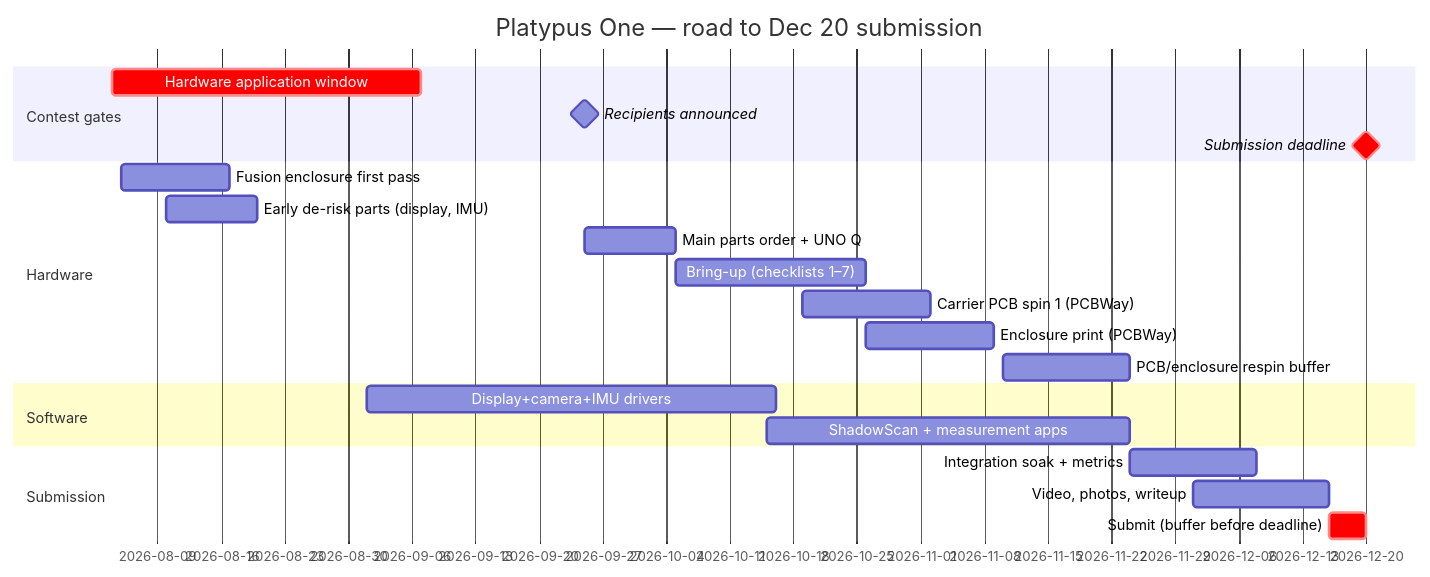
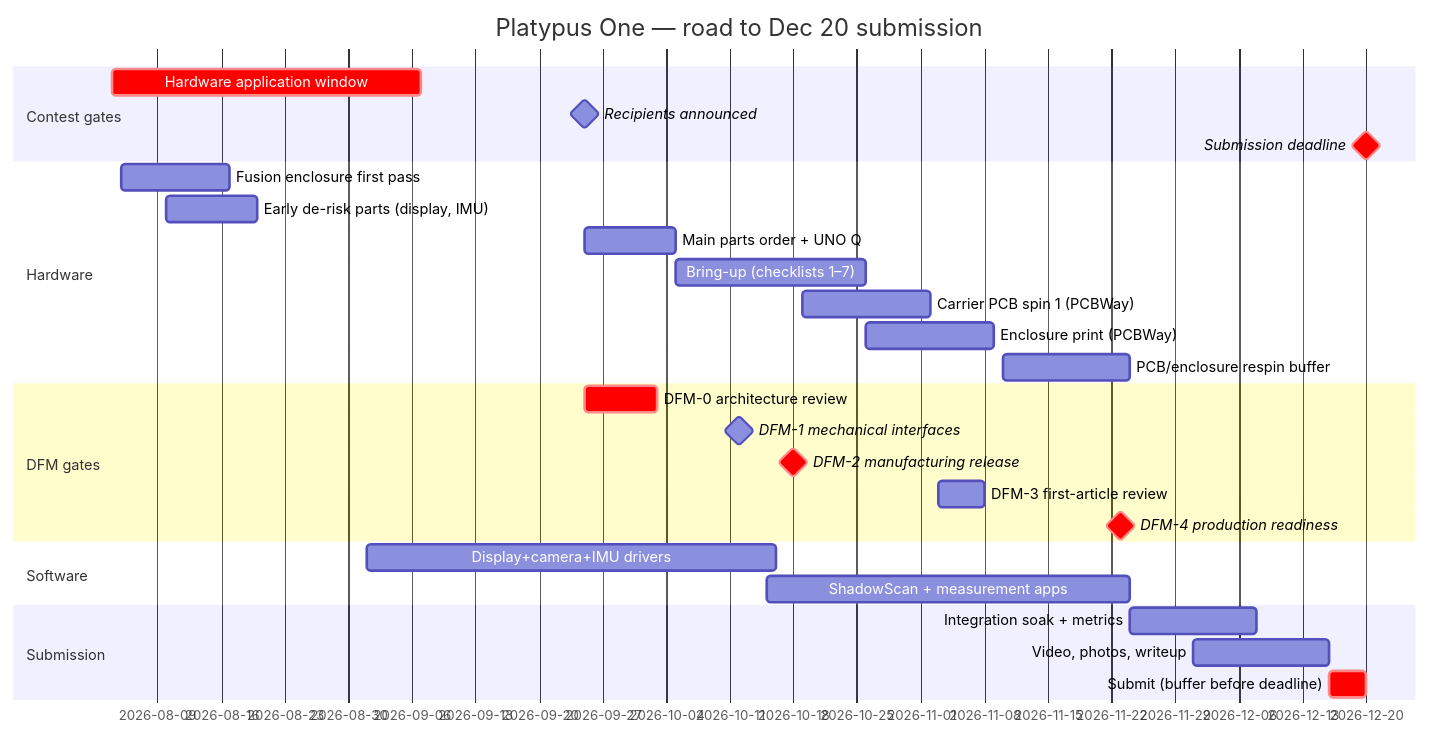
Before and after one commit to Matthewjg95/PlatypusOne: the diagram in docs/hardware/ACQUISITION_ROADMAP.md, drawn with Mermaid. The commit also changed other lines of this file, not shown here.

Commit message:
Add evidence-gated DFM reviews to contest timeline

````diff
--- a/docs/hardware/ACQUISITION_ROADMAP.md
+++ b/docs/hardware/ACQUISITION_ROADMAP.md
@@ -8,24 +8,30 @@
 ```mermaid
 gantt
     dateFormat  YYYY-MM-DD
     title Platypus One — road to Dec 20 submission
     section Contest gates
     Hardware application window   :crit, 2026-08-04, 2026-09-07
     Recipients announced          :milestone, 2026-09-25, 0d
     Submission deadline           :milestone, crit, 2026-12-20, 0d
     section Hardware
     Fusion enclosure first pass   :2026-08-05, 12d
     Early de-risk parts (display, IMU) :2026-08-10, 10d
     Main parts order + UNO Q      :2026-09-25, 10d
     Bring-up (checklists 1–7)     :2026-10-05, 21d
     Carrier PCB spin 1 (PCBWay)   :2026-10-19, 14d
     Enclosure print (PCBWay)      :2026-10-26, 14d
     PCB/enclosure respin buffer   :2026-11-10, 14d
+    section DFM gates
+    DFM-0 architecture review     :crit, 2026-09-25, 8d
+    DFM-1 mechanical interfaces   :milestone, 2026-10-12, 0d
+    DFM-2 manufacturing release   :milestone, crit, 2026-10-18, 0d
+    DFM-3 first-article review    :2026-11-03, 5d
+    DFM-4 production readiness    :milestone, crit, 2026-11-23, 0d
     section Software
     Display+camera+IMU drivers    :2026-09-01, 45d
     ShadowScan + measurement apps :2026-10-15, 40d
     section Submission
     Integration soak + metrics    :2026-11-24, 14d
     Video, photos, writeup        :2026-12-01, 15d
     Submit (buffer before deadline):crit, 2026-12-16, 4d
 ```
````
